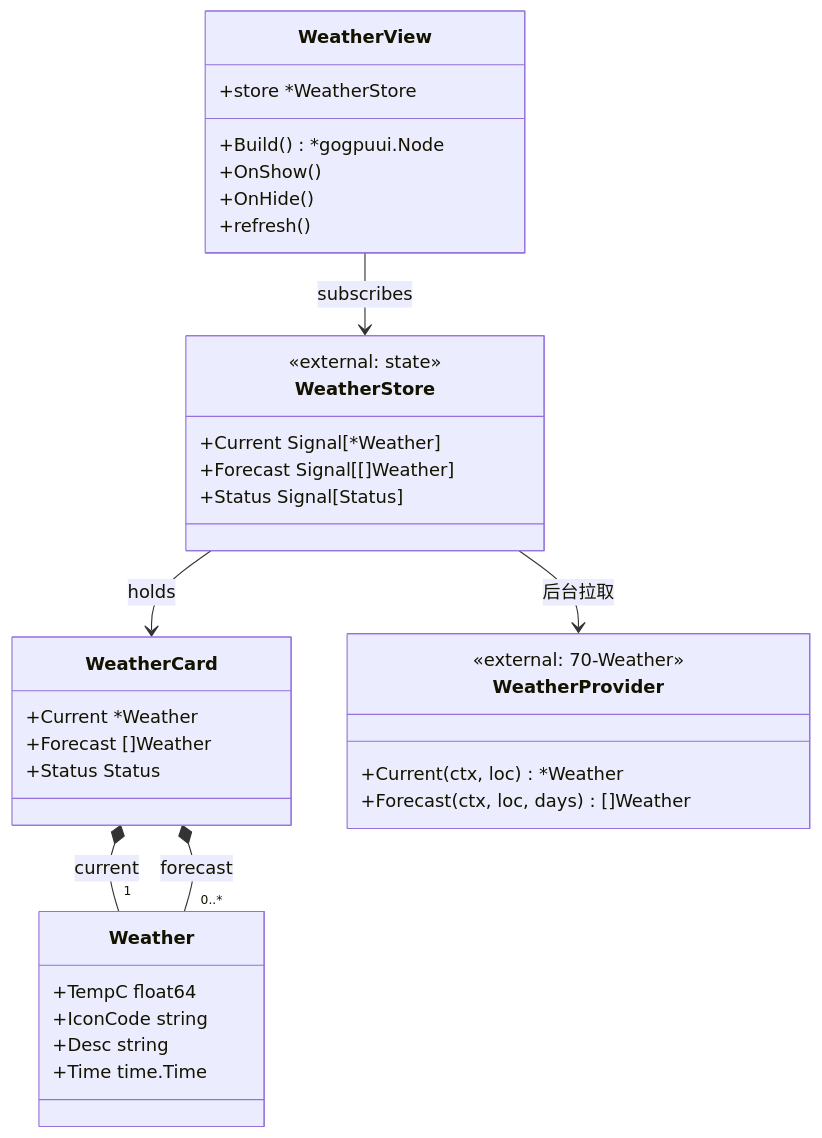
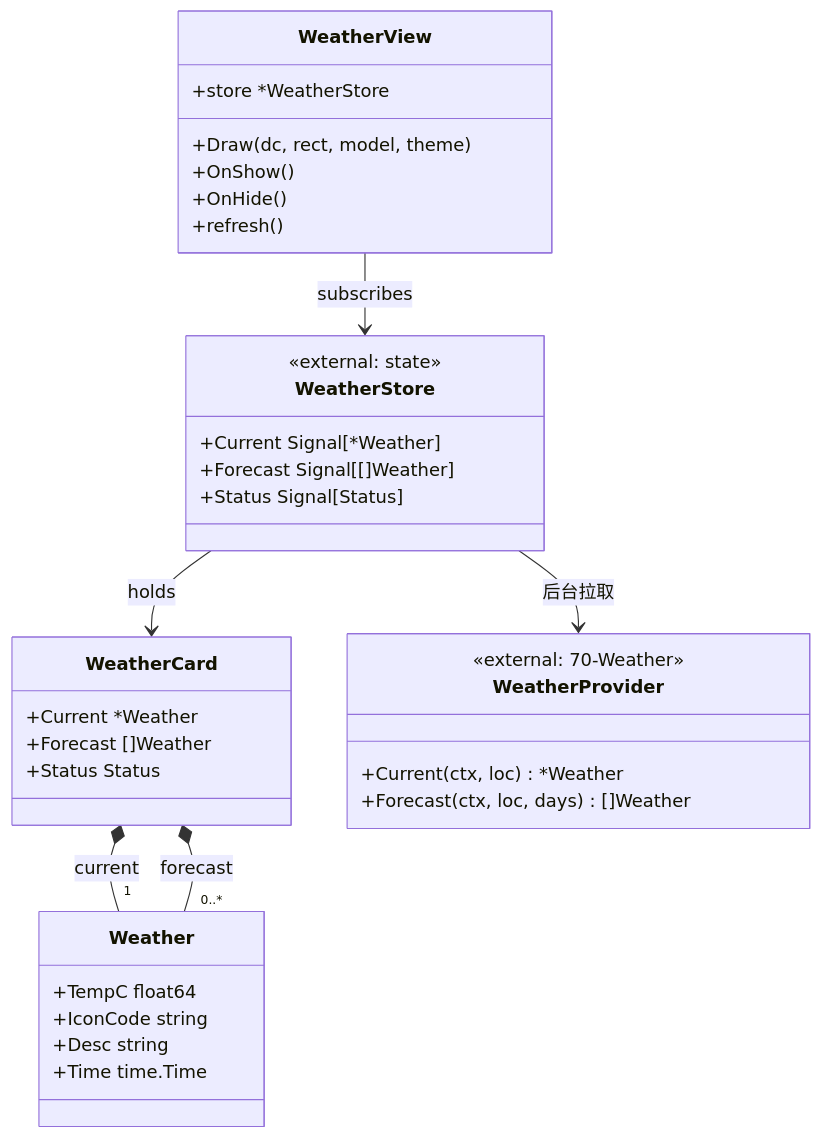
One commit to shaolei/DeskCalendar changed the first of 4 diagrams in docs/90-UI/WeatherView.md. Above: the diagram before and after it, drawn with Mermaid. The commit also changed other lines of this file and 25 other files, not shown here.

````diff
--- a/docs/90-UI/WeatherView.md
+++ b/docs/90-UI/WeatherView.md
@@ -23,37 +23,37 @@
 ```mermaid
 classDiagram
     class WeatherView {
         +store *WeatherStore
-        +Build() *gogpuui.Node
+        +Draw(dc, rect, model, theme)
         +OnShow()
         +OnHide()
         +refresh()
     }
     class WeatherCard {
         +Current *Weather
         +Forecast []Weather
         +Status Status
     }
     class Weather {
         +TempC float64
         +IconCode string
         +Desc string
         +Time time.Time
     }
     class WeatherStore {
         <<external: state>>
         +Current Signal[*Weather]
         +Forecast Signal[[]Weather]
         +Status Signal[Status]
     }
     class WeatherProvider {
         <<external: 70-Weather>>
         +Current(ctx, loc) *Weather
         +Forecast(ctx, loc, days) []Weather
     }
     WeatherView --> WeatherStore : subscribes
     WeatherStore --> WeatherCard : holds
     WeatherCard *-- "1" Weather : current
     WeatherCard *-- "0..*" Weather : forecast
     WeatherStore --> WeatherProvider : 后台拉取
 ```
````
